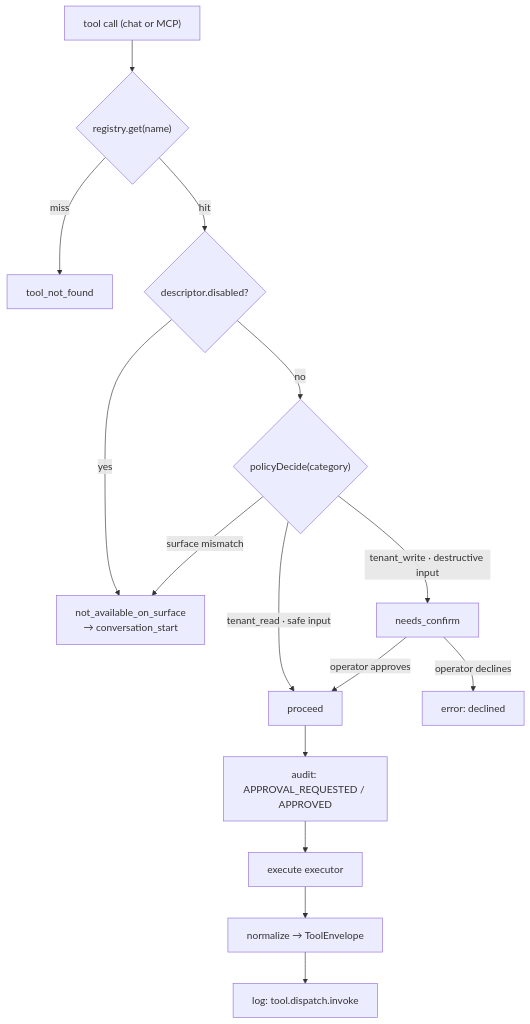
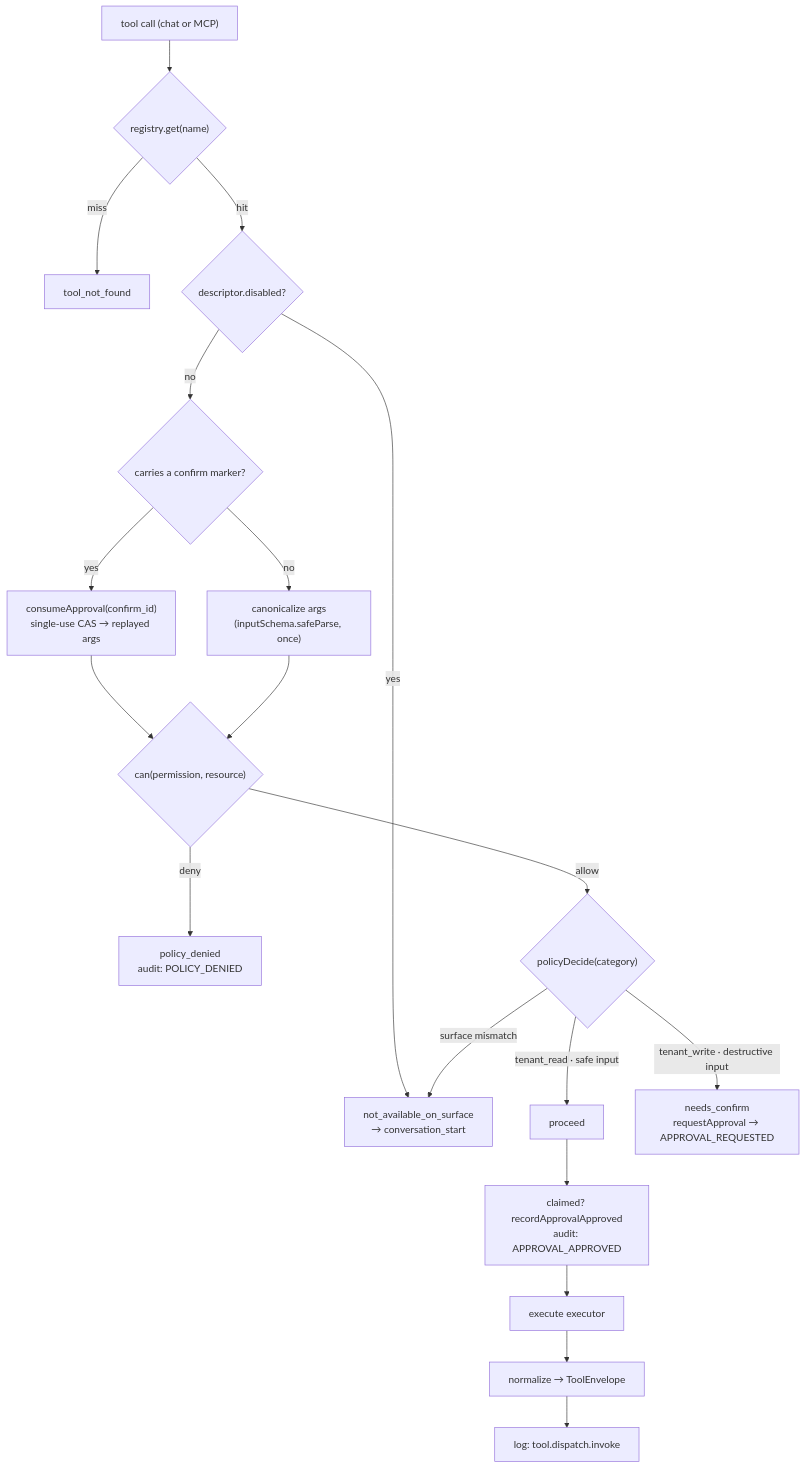
Before and after one commit to MikeBild/subkit: the diagram in docs/developers/tool-palette.md, drawn with Mermaid. The commit also changed other lines of this file and 159 other files, not shown here.

First line of the commit message:
feat(mcp): human-in-the-loop write governance via approval portal, v1.8.0

````diff
--- a/docs/developers/tool-palette.md
+++ b/docs/developers/tool-palette.md
@@ -145,17 +146,21 @@
 ```mermaid
 flowchart TD
     Call["tool call (chat or MCP)"] --> Resolve{"registry.get(name)"}
     Resolve -->|miss| NotFound["tool_not_found"]
     Resolve -->|hit| Vis{"descriptor.disabled?"}
     Vis -->|yes| NAS["not_available_on_surface<br/>→ conversation_start"]
-    Vis -->|no| Policy{"policyDecide(category)"}
+    Vis -->|no| Confirm{"carries a confirm marker?"}
+    Confirm -->|yes| Claim["consumeApproval(confirm_id)<br/>single-use CAS → replayed args"]
+    Confirm -->|no| Canon["canonicalize args<br/>(inputSchema.safeParse, once)"]
+    Claim --> Rbac
+    Canon --> Rbac{"can(permission, resource)"}
+    Rbac -->|deny| Denied["policy_denied<br/>audit: POLICY_DENIED"]
+    Rbac -->|allow| Policy{"policyDecide(category)"}
     Policy -->|tenant_read · safe input| Proceed["proceed"]
-    Policy -->|tenant_write · destructive input| Confirm["needs_confirm"]
+    Policy -->|tenant_write · destructive input| Request["needs_confirm<br/>requestApproval → APPROVAL_REQUESTED"]
     Policy -->|surface mismatch| NAS
-    Confirm -->|operator approves| Proceed
-    Confirm -->|operator declines| Reject["error: declined"]
-    Proceed --> Audit["audit: APPROVAL_REQUESTED / APPROVED"]
-    Audit --> Exec["execute executor"]
+    Proceed --> Approve["claimed? recordApprovalApproved<br/>audit: APPROVAL_APPROVED"]
+    Approve --> Exec["execute executor"]
     Exec --> Norm["normalize → ToolEnvelope"]
     Norm --> Log["log: tool.dispatch.invoke"]
 ```
````
